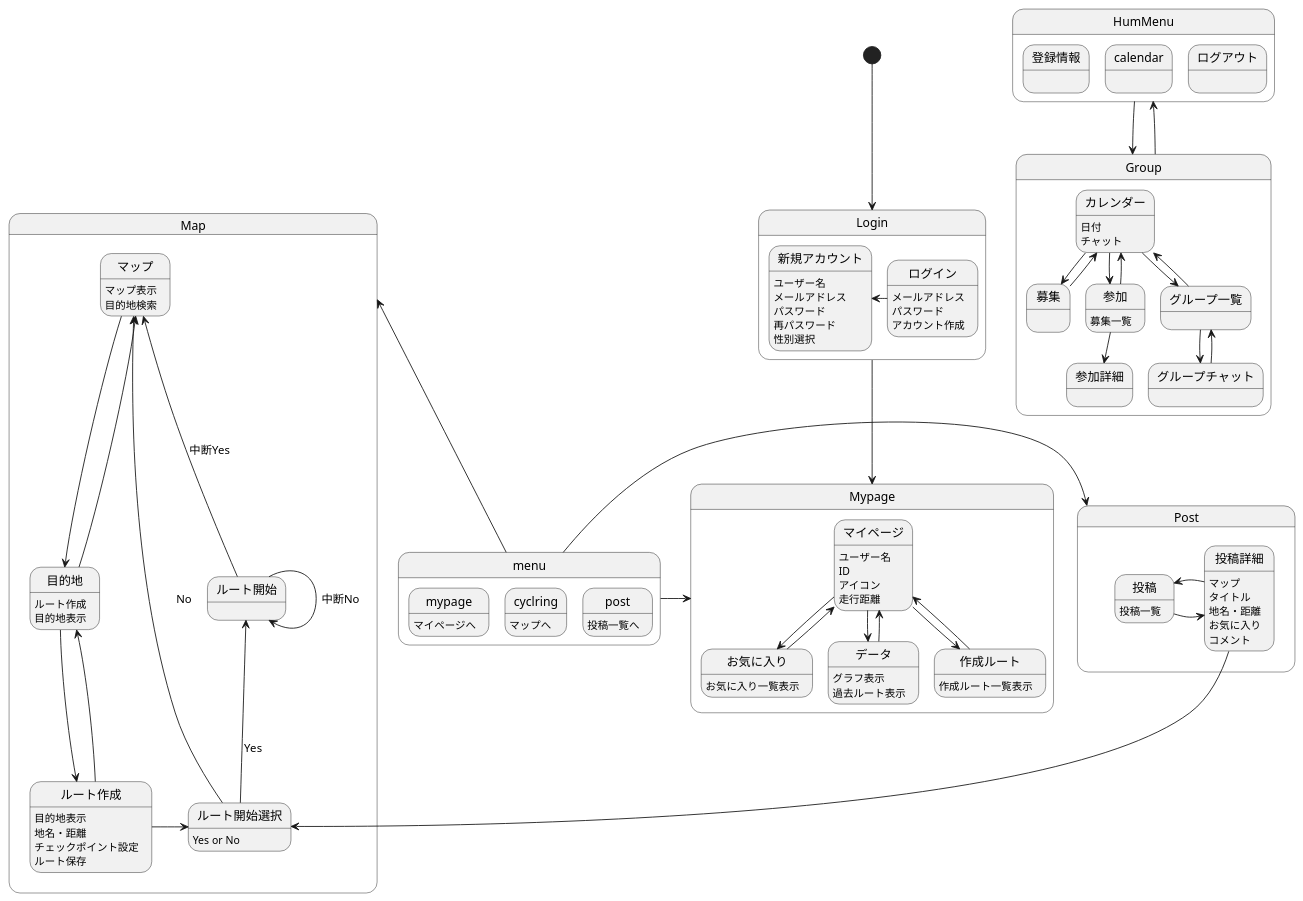
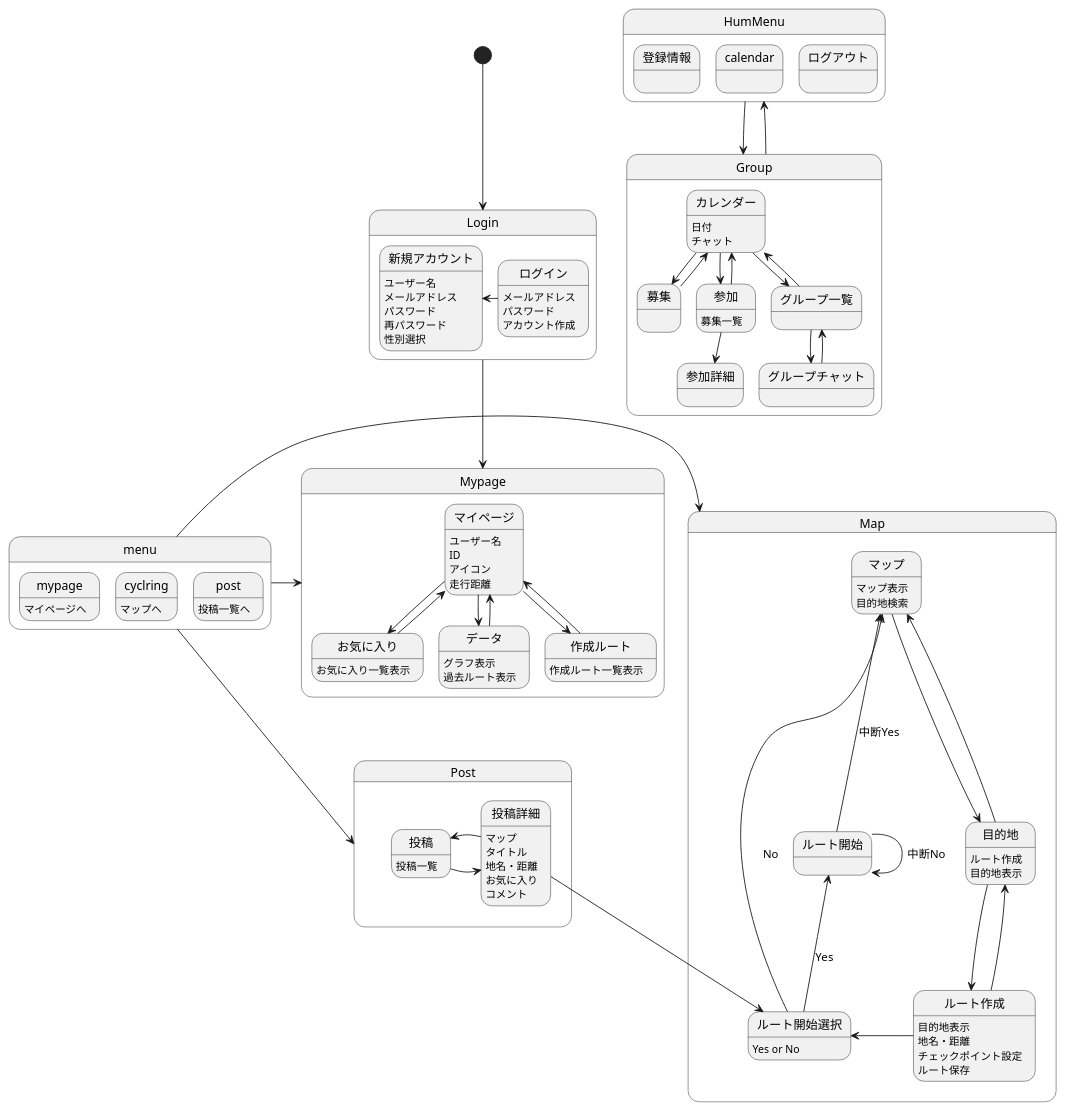
The diagram in 画面遷移図/gm.md (AsoSD3A3/CyclingSystem), drawn with PlantUML before and after one commit.

```diff
--- a/画面遷移図/gm.md
+++ b/画面遷移図/gm.md
@@ -33,7 +33,7 @@
 }
 
 menu-right->Mypage
-menu-up->Map
+menu-left->Map
 menu-down->Post
 
 [*]-down->Login
```
